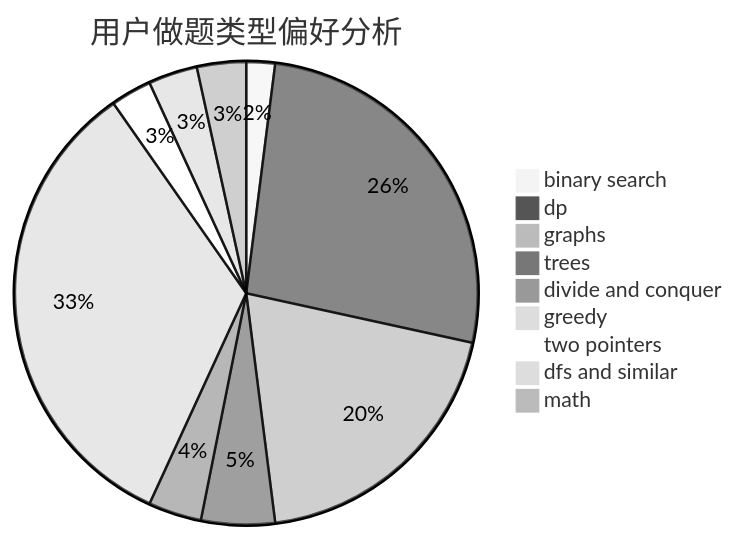
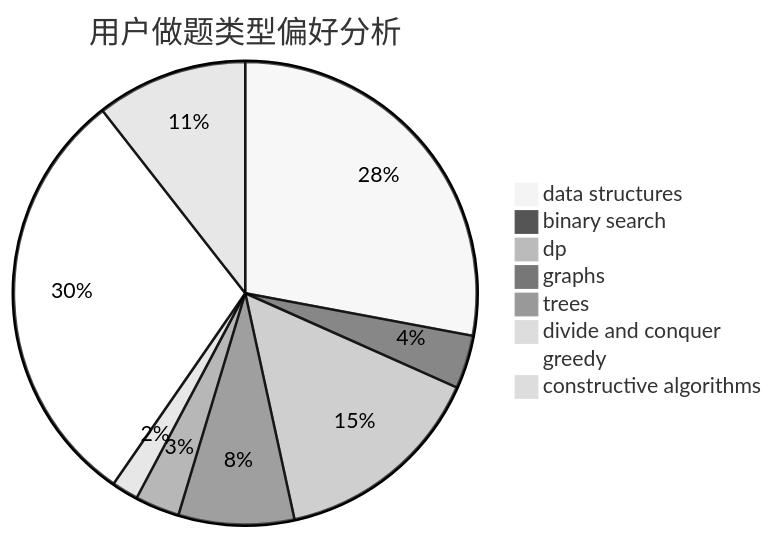
One commit to sherpahu/cfrs.github.io changed the second of 3 diagrams in docs/user/u2276.md. Above: the diagram before and after it, drawn with Mermaid (neutral theme). The commit also changed other lines of this file and 2775 other files, not shown here.

````diff
--- a/docs/user/u2276.md
+++ b/docs/user/u2276.md
@@ -23,12 +23,11 @@
 ```mermaid
 pie title 用户做题类型偏好分析
-    "binary search" :  14
-    "dp" :  185
-    "graphs" :  137
-    "trees" :  36
-    "divide and conquer" :  26
-    "greedy" :  234
-    "two pointers" :  20
-    "dfs and similar" :  24
-    "math" :  24
+    "data structures" :  45
+    "binary search" :  6
+    "dp" :  24
+    "graphs" :  13
+    "trees" :  5
+    "divide and conquer" :  3
+    "greedy" :  48
+    "constructive algorithms" :  17
 ```
````
